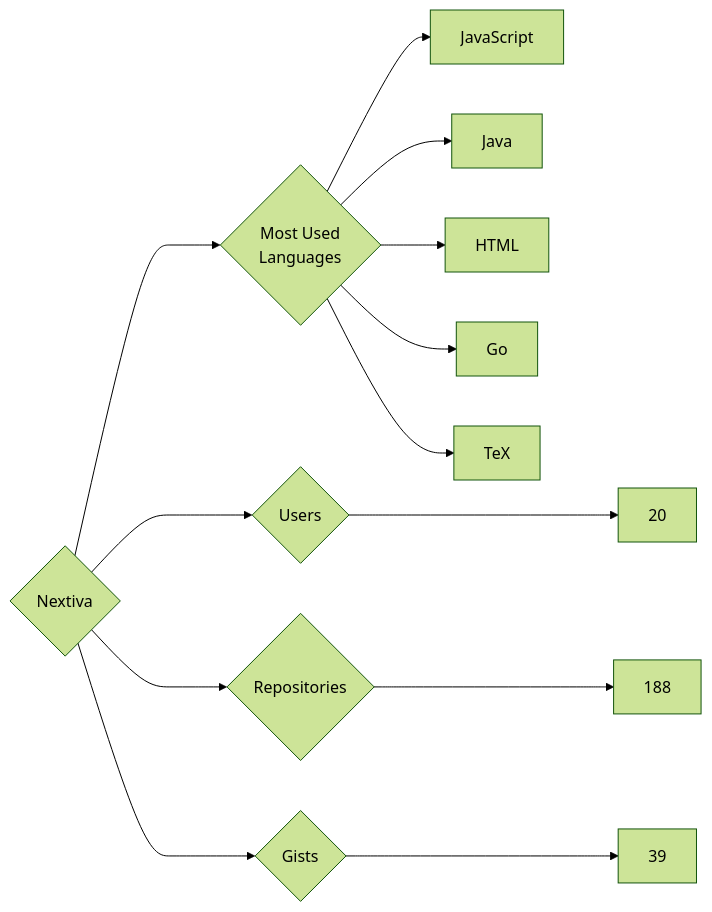
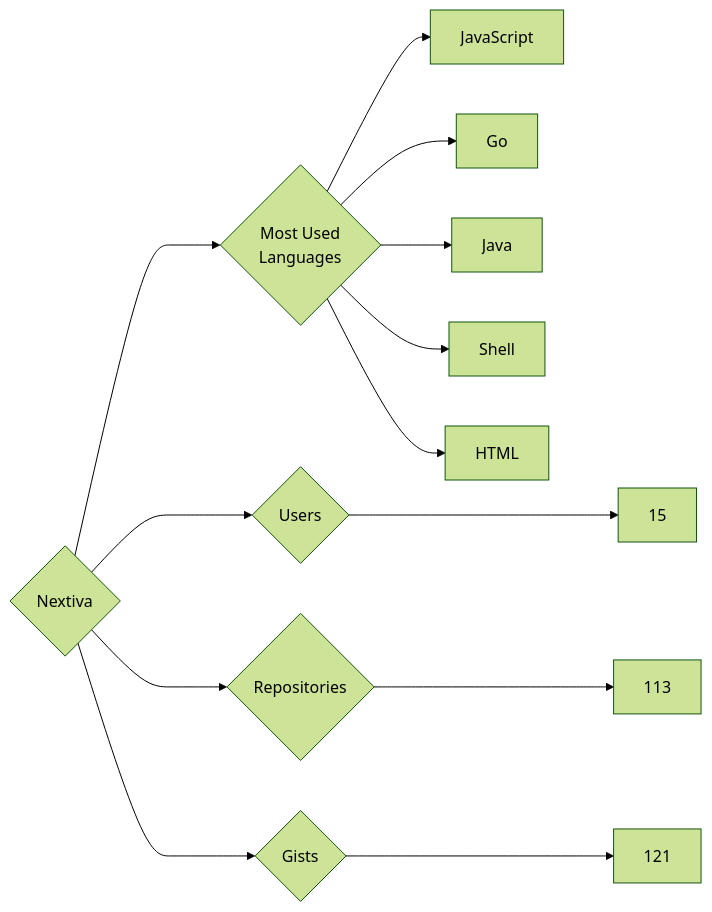
Before and after one commit to trickest/insiders: the diagram in targets/Nextiva/README.md, drawn with Mermaid (forest theme). The commit also changed 965 other files, not shown here.

````diff
--- a/targets/Nextiva/README.md
+++ b/targets/Nextiva/README.md
@@ -3,13 +3,13 @@
 ```mermaid
 graph LR
 COMPANY_NAME{Nextiva}
-COMPANY_NAME ---> U{Users} ---> UN[20]
-COMPANY_NAME ---> R{Repositories} ---> RN[188]
-COMPANY_NAME ---> G{Gists} ---> GN[39]
+COMPANY_NAME ---> U{Users} ---> UN[15]
+COMPANY_NAME ---> R{Repositories} ---> RN[113]
+COMPANY_NAME ---> G{Gists} ---> GN[121]
 COMPANY_NAME ---> ML{Most Used<br>Languages}
 ML --> JavaScript[JavaScript]
+ML --> Go[Go]
 ML --> Java[Java]
+ML --> Shell[Shell]
 ML --> HTML[HTML]
-ML --> Go[Go]
-ML --> TeX[TeX]
 ```
````
